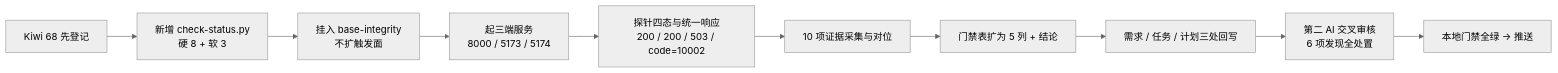
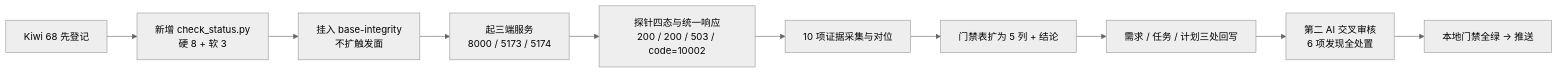
Before and after one commit to minjian123/basic-management-system: the diagram in bms文档/项目/01_项目骨架/任务/04_CI与阶段验收/04_CI与阶段验收_03_阶段验收门禁核对/实施/03_实施_01_阶段验收门禁核对.md, drawn with Mermaid (neutral theme). The commit also changed other lines of this file and 919 other files, not shown here.

````diff
--- a/bms文档/项目/01_项目骨架/任务/04_CI与阶段验收/04_CI与阶段验收_03_阶段验收门禁核对/实施/03_实施_01_阶段验收门禁核对.md
+++ b/bms文档/项目/01_项目骨架/任务/04_CI与阶段验收/04_CI与阶段验收_03_阶段验收门禁核对/实施/03_实施_01_阶段验收门禁核对.md
@@ -23,12 +23,12 @@
 ```mermaid
 flowchart LR
-    A[Kiwi 68 先登记] --> B[新增 check-status.py<br/>硬 8 + 软 3]
+    A[Kiwi 68 先登记] --> B[新增 check_status.py<br/>硬 8 + 软 3]
     B --> C[挂入 base-integrity<br/>不扩触发面]
     C --> D[起三端服务<br/>8000 / 5173 / 5174]
     D --> E[探针四态与统一响应<br/>200 / 200 / 503 / code=10002]
     E --> F[10 项证据采集与对位]
     F --> G[门禁表扩为 5 列 + 结论]
     G --> H[需求 / 任务 / 计划三处回写]
     H --> I[第二 AI 交叉审核<br/>6 项发现全处置]
     I --> J[本地门禁全绿 → 推送]
 ```
````
